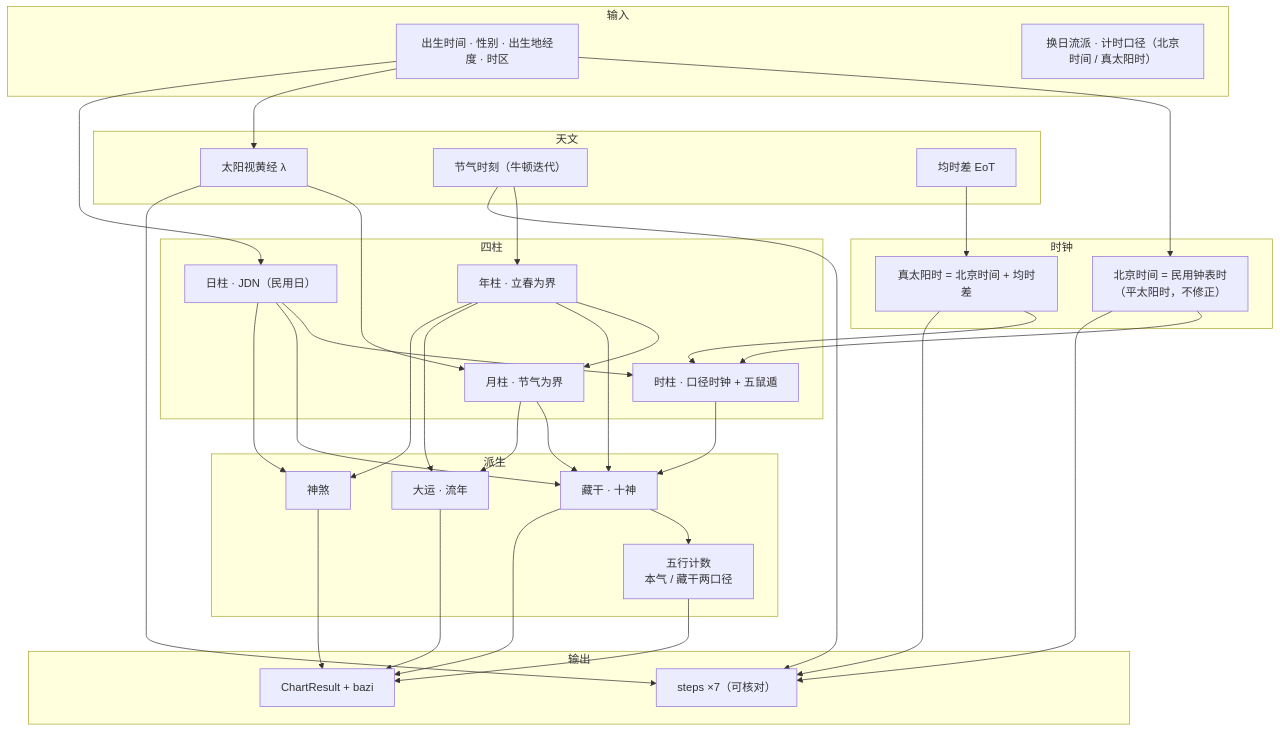
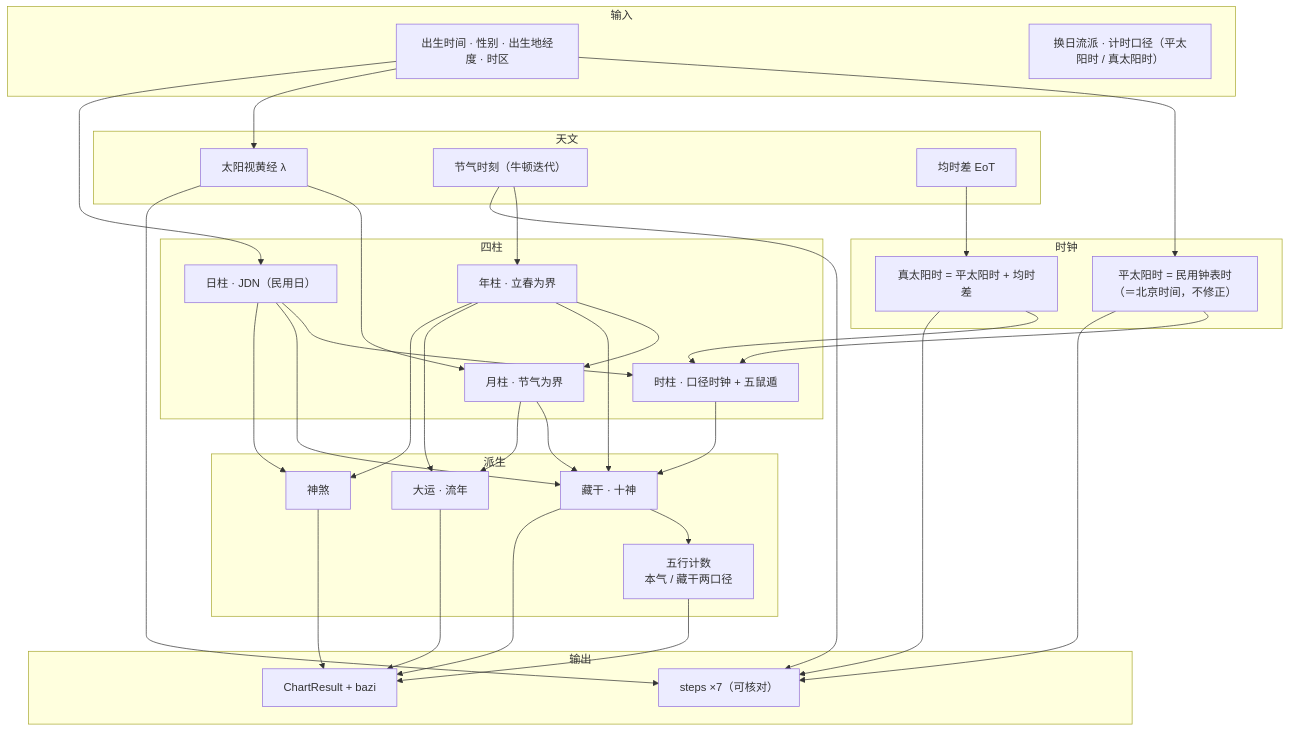
The ninth of 9 diagrams in doc/bazi-call-graph.md (yunzheyue-star/BaZi), drawn with Mermaid before and after one commit. The commit also changed other lines of this file and 18 other files, not shown here.

````diff
--- a/doc/bazi-call-graph.md
+++ b/doc/bazi-call-graph.md
@@ -526,60 +554,60 @@
 ```mermaid
 flowchart TB
     subgraph 输入
         I1["出生时间 · 性别 · 出生地经度 · 时区"]
-        I2["换日流派 · 计时口径（北京时间 / 真太阳时）"]
+        I2["换日流派 · 计时口径（平太阳时 / 真太阳时）"]
     end
     subgraph 时钟
-        C0["北京时间 = 民用钟表时<br/>（平太阳时，不修正）"]
-        C2["真太阳时 = 北京时间 + 均时差"]
+        C0["平太阳时 = 民用钟表时<br/>（＝北京时间，不修正）"]
+        C2["真太阳时 = 平太阳时 + 均时差"]
     end
     subgraph 天文
         A1["太阳视黄经 λ"]
         A2["节气时刻（牛顿迭代）"]
         A3["均时差 EoT"]
     end
     subgraph 四柱
         P1["年柱 · 立春为界"]
         P2["月柱 · 节气为界"]
         P3["日柱 · JDN（民用日）"]
         P4["时柱 · 口径时钟 + 五鼠遁"]
     end
     subgraph 派生
         D1["藏干 · 十神"]
         D4["五行计数（本气 / 藏干）"]
         D2["大运 · 流年"]
         D3["神煞"]
     end
     subgraph 输出
         O1["ChartResult + bazi"]
         O2["steps ×7（可核对）"]
     end
 
     I1 --> C0
     A3 --> C2
     C0 --> P4
     C2 --> P4
     I1 --> A1
     A1 --> P2
     A2 --> P1
     I1 --> P3
     P1 --> P2
     P3 --> P4
     P1 --> D1
     P2 --> D1
     P3 --> D1
     P4 --> D1
     D1 --> D4["五行计数<br/>本气 / 藏干两口径"]
     P2 --> D2
     P1 --> D2
     P3 --> D3
     P1 --> D3
     D1 --> O1
     D4 --> O1
     D2 --> O1
     D3 --> O1
     A1 --> O2
     A2 --> O2
     C0 --> O2
     C2 --> O2
 ```
````
